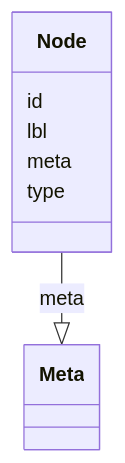
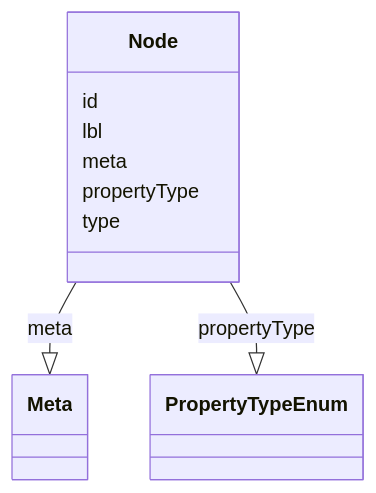
One commit to INCATools/ontology-access-kit changed the diagram in obograph/Node.md. Above: the diagram before and after it, drawn with Mermaid. The commit also changed other lines of this file and 16 other files, not shown here.

````diff
--- a/obograph/Node.md
+++ b/obograph/Node.md
@@ -14,15 +14,19 @@
 ```{mermaid}
  classDiagram
     class Node
       Node : id
         
       Node : lbl
         
       Node : meta
         
           Node --|> Meta : meta
         
+      Node : propertyType
+        
+          Node --|> PropertyTypeEnum : propertyType
+        
       Node : type
         
       
 ```
````
